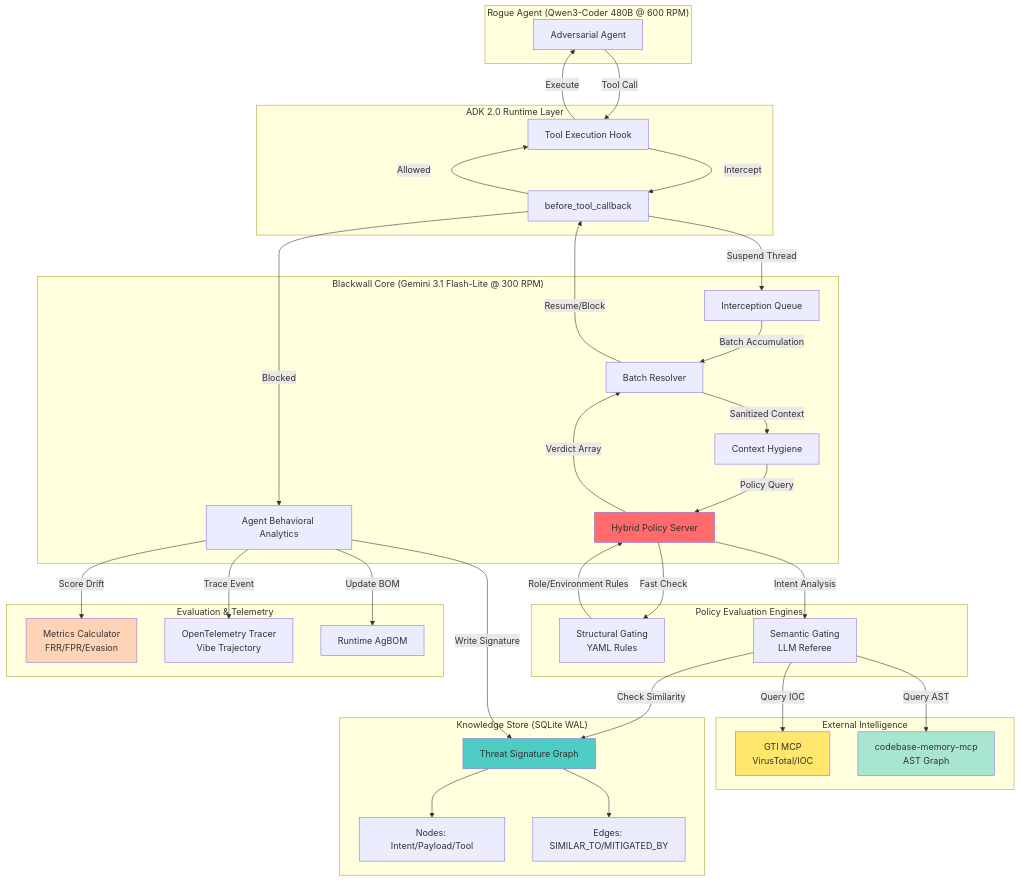
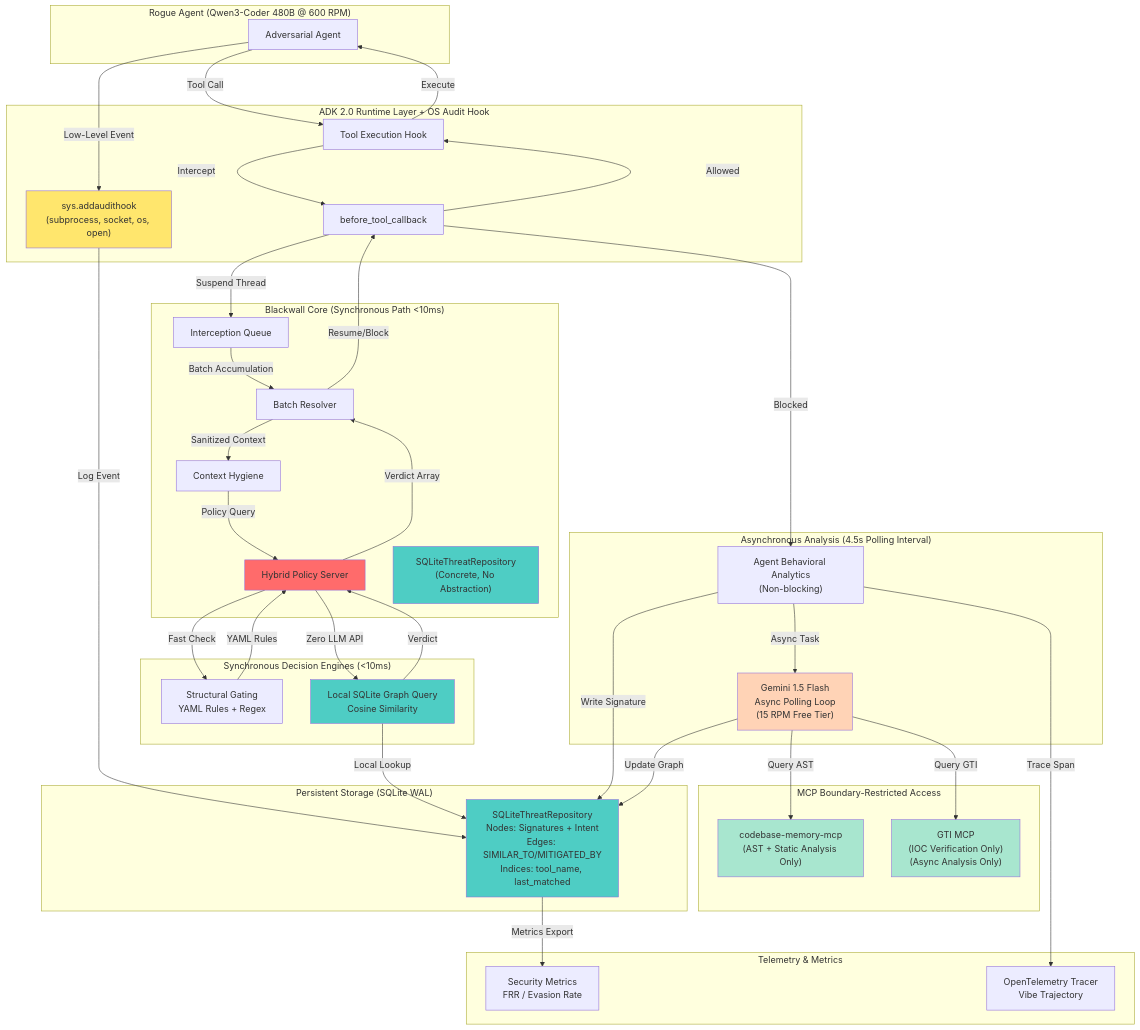
One commit to JAaron93/Blackwall changed the first of 2 diagrams in .kiro/specs/blackwall-agentic-firewall/design.md. Above: the diagram before and after it, drawn with Mermaid. The commit also changed other lines of this file and 2 other files, not shown here.

First line of the commit message:
feat(.kiro/specs/blackwall-agentic-firewall): Refines MVP scope and split-inference architecture

````diff
--- a/.kiro/specs/blackwall-agentic-firewall/design.md
+++ b/.kiro/specs/blackwall-agentic-firewall/design.md
@@ -12,74 +14,81 @@
         RA[Adversarial Agent]
     end
     
-    subgraph "ADK 2.0 Runtime Layer"
+    subgraph "ADK 2.0 Runtime Layer + OS Audit Hook"
         THook[Tool Execution Hook]
         BCB[before_tool_callback]
+        AUDIT["sys.addaudithook<br/>(subprocess, socket, os, open)"]
     end
     
-    subgraph "Blackwall Core (Gemini 3.1 Flash-Lite @ 300 RPM)"
+    subgraph "Blackwall Core (Synchronous Path <10ms)"
         IQ[Interception Queue]
         BR[Batch Resolver]
         HPS[Hybrid Policy Server]
         CH[Context Hygiene]
-        ABA[Agent Behavioral Analytics]
+        STG["SQLiteThreatRepository<br/>(Concrete, No Abstraction)"]
     end
     
-    subgraph "Policy Evaluation Engines"
-        SG[Structural Gating<br/>YAML Rules]
-        SMG[Semantic Gating<br/>LLM Referee]
+    subgraph "Synchronous Decision Engines (<10ms)"
+        SG["Structural Gating<br/>YAML Rules + Regex"]
+        TSG_QUERY["Local SQLite Graph Query<br/>Cosine Similarity"]
     end
     
-    subgraph "External Intelligence"
-        GTI[GTI MCP<br/>VirusTotal/IOC]
-        CBM[codebase-memory-mcp<br/>AST Graph]
+    subgraph "Asynchronous Analysis (4.5s Polling Interval)"
+        ABA["Agent Behavioral Analytics<br/>(Non-blocking)"]
+        GEMINI_ASYNC["Gemini 1.5 Flash<br/>Async Polling Loop<br/>(15 RPM Free Tier)"]
     end
     
-    subgraph "Knowledge Store (SQLite WAL)"
-        TSG[Threat Signature Graph]
-        NODES[Nodes: Intent/Payload/Tool]
-        EDGES[Edges: SIMILAR_TO/MITIGATED_BY]
+    subgraph "MCP Boundary-Restricted Access"
+        CBM["codebase-memory-mcp<br/>(AST + Static Analysis Only)"]
+        GTI["GTI MCP<br/>(IOC Verification Only)<br/>(Async Analysis Only)"]
     end
     
-    subgraph "Evaluation & Telemetry"
-        METRICS[Metrics Calculator<br/>FRR/FPR/Evasion]
-        OT[OpenTelemetry Tracer<br/>Vibe Trajectory]
-        AGBOM[Runtime AgBOM]
+    subgraph "Persistent Storage (SQLite WAL)"
+        DB["SQLiteThreatRepository<br/>Nodes: Signatures + Intent<br/>Edges: SIMILAR_TO/MITIGATED_BY<br/>Indices: tool_name, last_matched"]
+    end
+    
+    subgraph "Telemetry & Metrics"
+        METRICS["Security Metrics<br/>FRR / Evasion Rate"]
+        OT["OpenTelemetry Tracer<br/>Vibe Trajectory"]
     end
     
     RA -->|Tool Call| THook
+    RA -->|Low-Level Event| AUDIT
     THook -->|Intercept| BCB
+    AUDIT -->|Log Event| DB
     BCB -->|Suspend Thread| IQ
     IQ -->|Batch Accumulation| BR
     BR -->|Sanitized Context| CH
     CH -->|Policy Query| HPS
     
     HPS -->|Fast Check| SG
-    HPS -->|Intent Analysis| SMG
-    
-    SG -->|Role/Environment Rules| HPS
-    SMG -->|Query IOC| GTI
-    SMG -->|Query AST| CBM
-    SMG -->|Check Similarity| TSG
-    
-    TSG --> NODES
-    TSG --> EDGES
+    HPS -->|Zero LLM API| TSG_QUERY
+    SG -->|YAML Rules| HPS
+    TSG_QUERY -->|Local Lookup| DB
+    TSG_QUERY -->|Verdict| HPS
     
     HPS -->|Verdict Array| BR
     BR -->|Resume/Block| BCB
     BCB -->|Allowed| THook
     BCB -->|Blocked| ABA
     
-    ABA -->|Write Signature| TSG
-    ABA -->|Score Drift| METRICS
-    ABA -->|Trace Event| OT
-    ABA -->|Update BOM| AGBOM
+    ABA -->|Write Signature| DB
+    ABA -->|Async Task| GEMINI_ASYNC
+    GEMINI_ASYNC -->|Query GTI| GTI
+    GEMINI_ASYNC -->|Query AST| CBM
+    GEMINI_ASYNC -->|Update Graph| DB
+    
+    DB -->|Metrics Export| METRICS
+    ABA -->|Trace Span| OT
     
     THook -->|Execute| RA
     
     style HPS fill:#ff6b6b
-    style TSG fill:#4ecdc4
-    style GTI fill:#ffe66d
+    style STG fill:#4ecdc4
+    style TSG_QUERY fill:#4ecdc4
+    style DB fill:#4ecdc4
+    style AUDIT fill:#ffe66d
+    style GEMINI_ASYNC fill:#ffd3b6
     style CBM fill:#a8e6cf
-    style METRICS fill:#ffd3b6
+    style GTI fill:#a8e6cf
 ```
````
